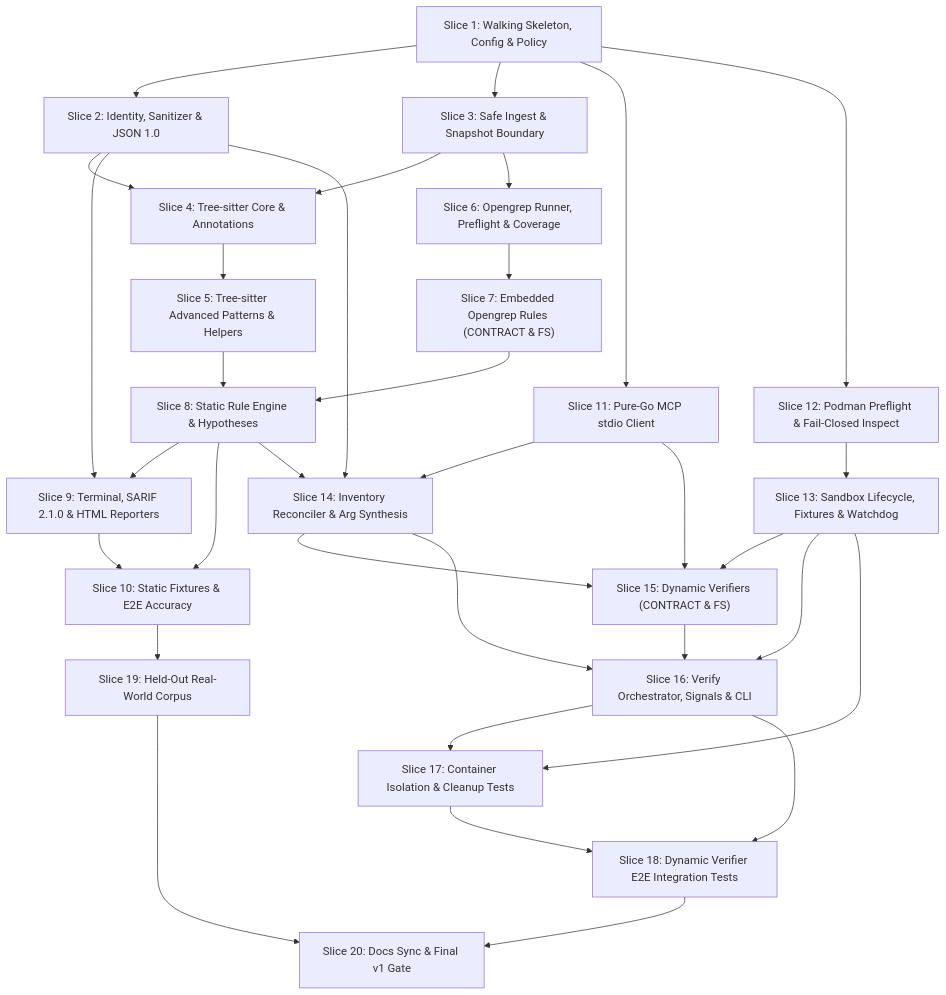
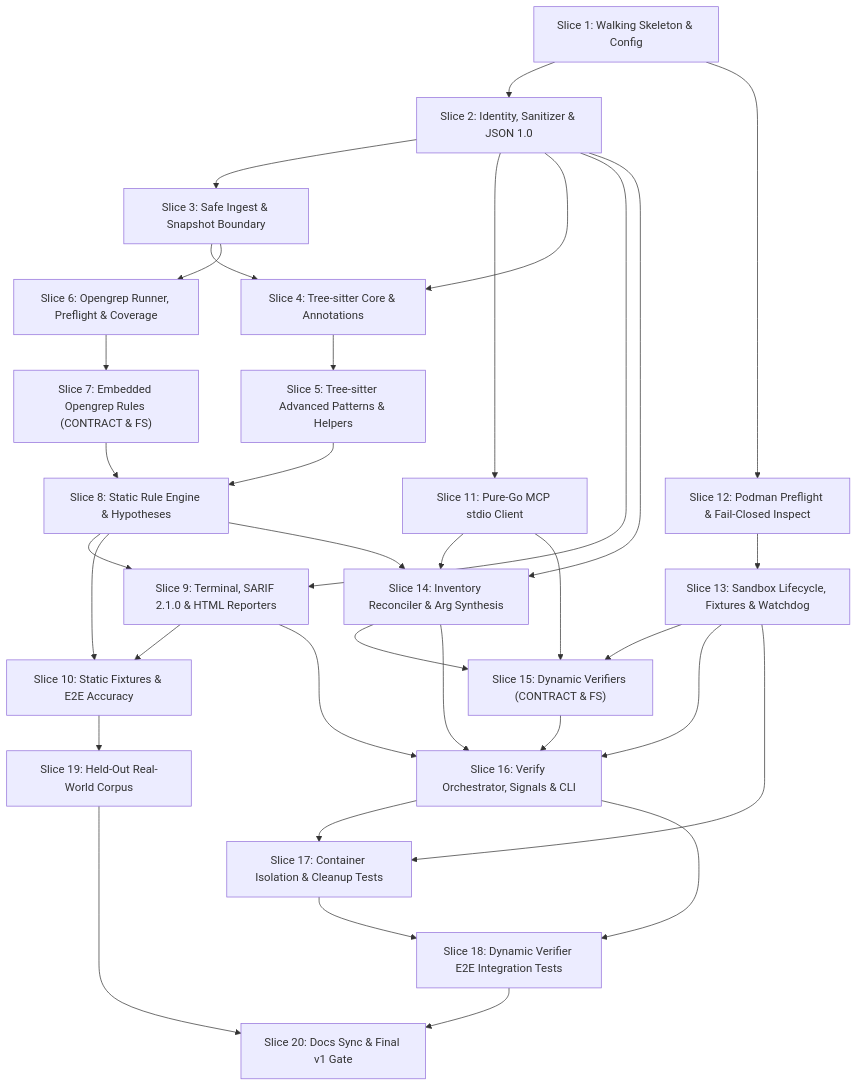
Before and after one commit to Timatoot/telltale: the diagram in docs/PLAN.md, drawn with Mermaid. The commit also changed other lines of this file, not shown here.

````diff
--- a/docs/PLAN.md
+++ b/docs/PLAN.md
@@ -38,61 +48,62 @@
 ```mermaid
 flowchart TD
-    S1["Slice 1: Walking Skeleton, Config & Policy"]
+    S1["Slice 1: Walking Skeleton & Config"]
     S2["Slice 2: Identity, Sanitizer & JSON 1.0"]
     S3["Slice 3: Safe Ingest & Snapshot Boundary"]
     S4["Slice 4: Tree-sitter Core & Annotations"]
     S5["Slice 5: Tree-sitter Advanced Patterns & Helpers"]
     S6["Slice 6: Opengrep Runner, Preflight & Coverage"]
     S7["Slice 7: Embedded Opengrep Rules (CONTRACT & FS)"]
     S8["Slice 8: Static Rule Engine & Hypotheses"]
     S9["Slice 9: Terminal, SARIF 2.1.0 & HTML Reporters"]
     S10["Slice 10: Static Fixtures & E2E Accuracy"]
     S11["Slice 11: Pure-Go MCP stdio Client"]
     S12["Slice 12: Podman Preflight & Fail-Closed Inspect"]
     S13["Slice 13: Sandbox Lifecycle, Fixtures & Watchdog"]
     S14["Slice 14: Inventory Reconciler & Arg Synthesis"]
     S15["Slice 15: Dynamic Verifiers (CONTRACT & FS)"]
     S16["Slice 16: Verify Orchestrator, Signals & CLI"]
     S17["Slice 17: Container Isolation & Cleanup Tests"]
     S18["Slice 18: Dynamic Verifier E2E Integration Tests"]
     S19["Slice 19: Held-Out Real-World Corpus"]
     S20["Slice 20: Docs Sync & Final v1 Gate"]
 
     S1 --> S2
-    S1 --> S3
-    S1 --> S11
+    S2 --> S3
+    S2 --> S11
     S1 --> S12
 
     S2 --> S4
     S3 --> S4
     S3 --> S6
     S4 --> S5
     S6 --> S7
     S5 --> S8
     S7 --> S8
 
     S2 --> S9
     S8 --> S9
     S8 --> S10
     S9 --> S10
     S10 --> S19
 
     S2 --> S14
     S8 --> S14
     S11 --> S14
     S12 --> S13
     S11 --> S15
     S13 --> S15
     S14 --> S15
     S13 --> S16
     S14 --> S16
     S15 --> S16
+    S9 --> S16
 
     S13 --> S17
     S16 --> S17
     S16 --> S18
     S17 --> S18
 
     S18 --> S20
     S19 --> S20
 ```
````
